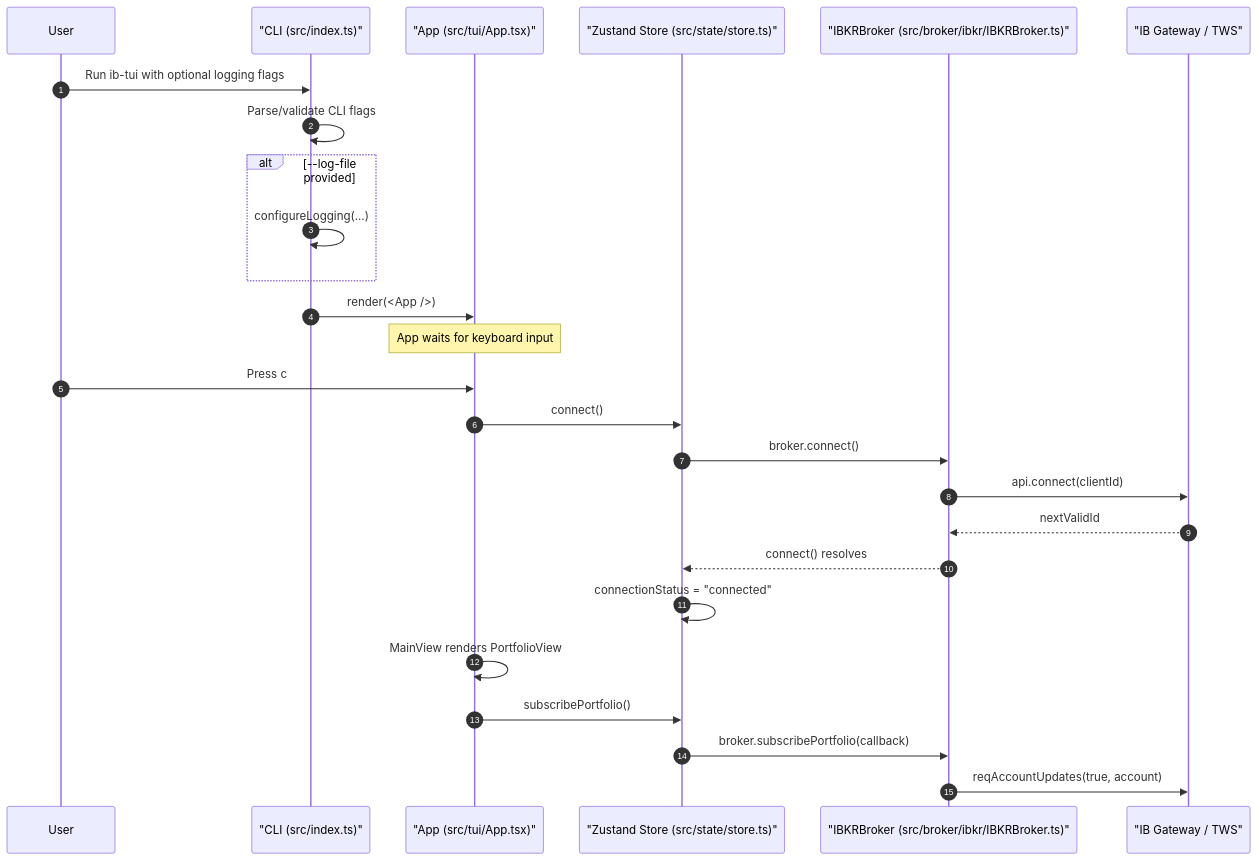
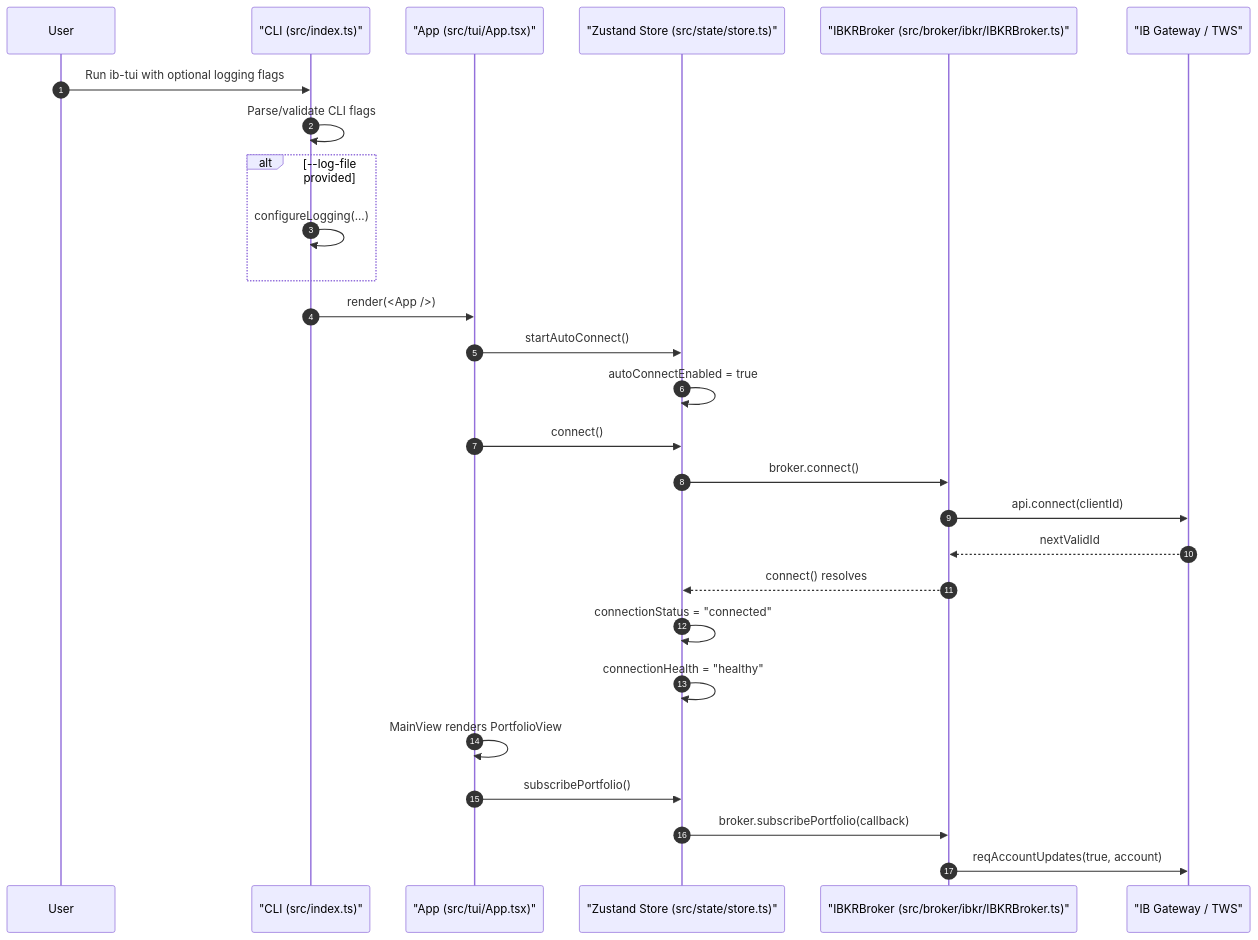
One commit to GastonRosso/ib-tui changed the first of 2 diagrams in docs/main-flow.md. Above: the diagram before and after it, drawn with Mermaid. The commit also changed other lines of this file and 10 other files, not shown here.

Commit message:
feat: overhaul status bar and auto-connect connection flow

````diff
--- a/docs/main-flow.md
+++ b/docs/main-flow.md
@@ -7,31 +7,31 @@
 ```mermaid
 sequenceDiagram
     autonumber
     participant User
     participant CLI as "CLI (src/index.ts)"
     participant App as "App (src/tui/App.tsx)"
     participant Store as "Zustand Store (src/state/store.ts)"
     participant Broker as "IBKRBroker (src/broker/ibkr/IBKRBroker.ts)"
     participant IB as "IB Gateway / TWS"
 
     User->>CLI: Run ib-tui with optional logging flags
     CLI->>CLI: Parse/validate CLI flags
     alt --log-file provided
         CLI->>CLI: configureLogging(...)
     end
     CLI->>App: render(<App />)
-    Note over App: App waits for keyboard input
-
-    User->>App: Press c
+    App->>Store: startAutoConnect()
+    Store->>Store: autoConnectEnabled = true
     App->>Store: connect()
     Store->>Broker: broker.connect()
     Broker->>IB: api.connect(clientId)
     IB-->>Broker: nextValidId
     Broker-->>Store: connect() resolves
     Store->>Store: connectionStatus = "connected"
+    Store->>Store: connectionHealth = "healthy"
 
     App->>App: MainView renders PortfolioView
     App->>Store: subscribePortfolio()
     Store->>Broker: broker.subscribePortfolio(callback)
     Broker->>IB: reqAccountUpdates(true, account)
 ```
````
